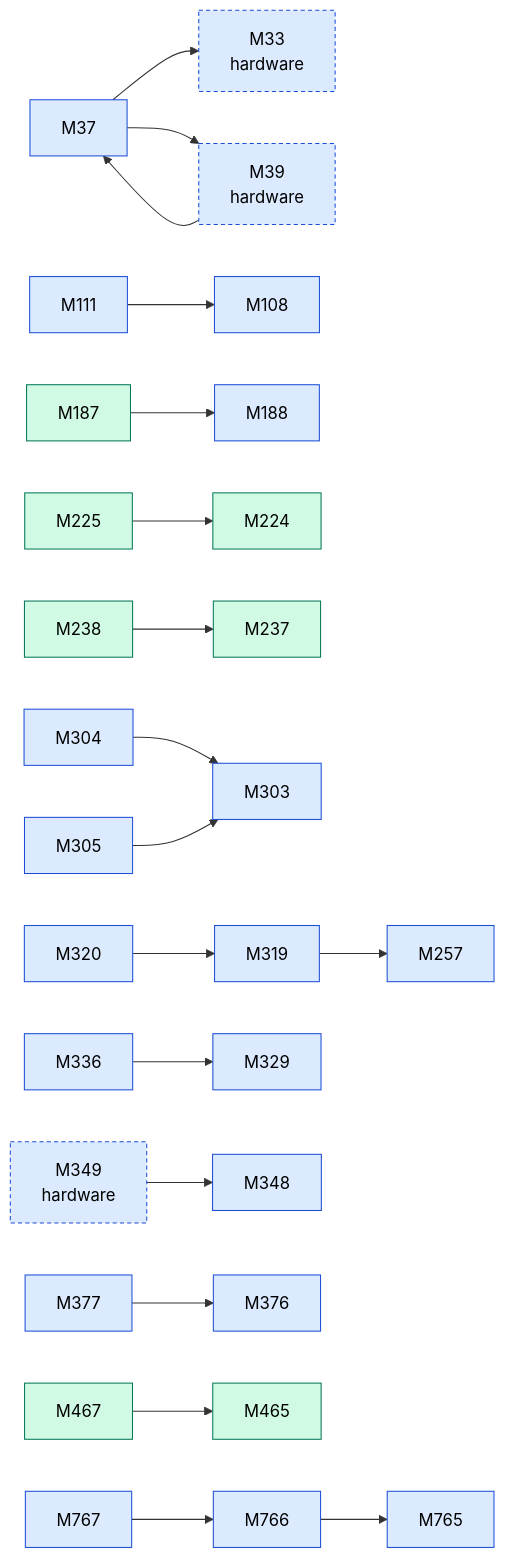
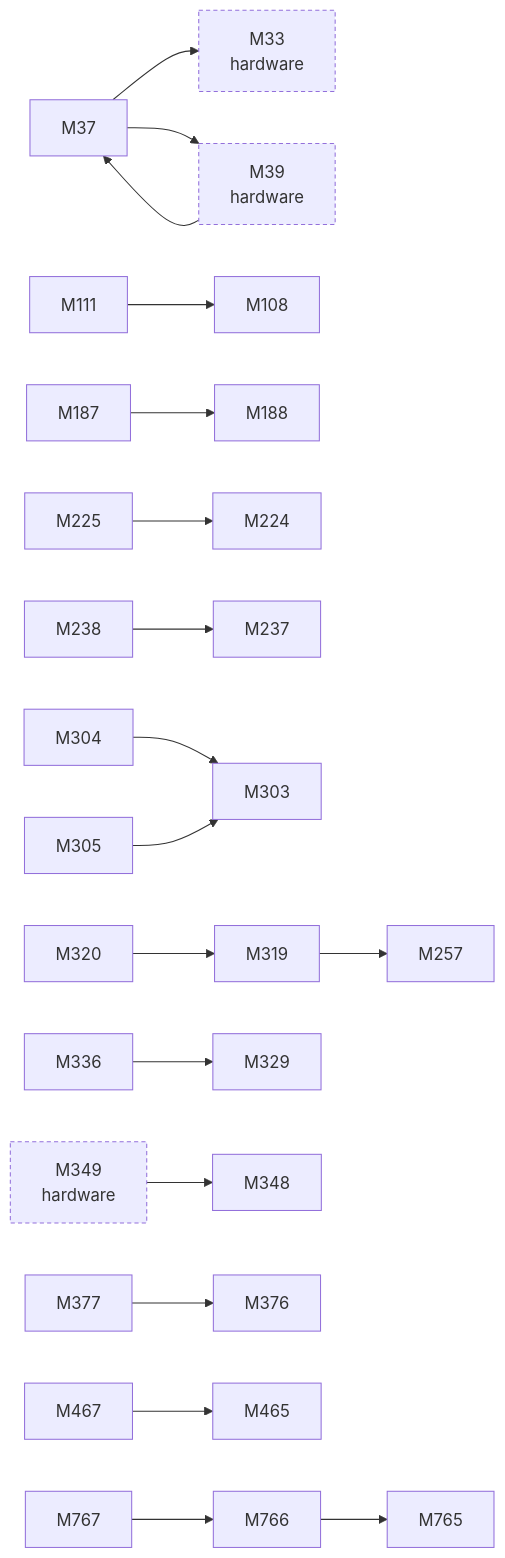
Before and after one commit to D-Ogi/amdgpu-wddm: the third of 3 diagrams in docs/facts/graphs/kmd.md, drawn with Mermaid. The commit also changed other lines of this file and 9 other files, not shown here.

First line of the commit message:
docs/facts: plain graph nodes, no status colouring

````diff
--- a/docs/facts/graphs/kmd.md
+++ b/docs/facts/graphs/kmd.md
@@ -198,54 +190,50 @@
 ```mermaid
 flowchart LR
-  M33["M33<br/>hardware"]:::MEASURED
-  M37["M37"]:::MEASURED
-  M39["M39<br/>hardware"]:::MEASURED
-  M108["M108"]:::MEASURED
-  M111["M111"]:::MEASURED
-  M187["M187"]:::CONFIRMED
-  M188["M188"]:::MEASURED
-  M224["M224"]:::CONFIRMED
-  M225["M225"]:::CONFIRMED
-  M237["M237"]:::CONFIRMED
-  M238["M238"]:::CONFIRMED
-  M257["M257"]:::MEASURED
-  M303["M303"]:::MEASURED
-  M304["M304"]:::MEASURED
-  M305["M305"]:::MEASURED
-  M319["M319"]:::MEASURED
-  M320["M320"]:::MEASURED
-  M329["M329"]:::MEASURED
-  M336["M336"]:::MEASURED
-  M348["M348"]:::MEASURED
-  M349["M349<br/>hardware"]:::MEASURED
-  M376["M376"]:::MEASURED
-  M377["M377"]:::MEASURED
-  M465["M465"]:::CONFIRMED
-  M467["M467"]:::CONFIRMED
-  M765["M765"]:::MEASURED
-  M766["M766"]:::MEASURED
-  M767["M767"]:::MEASURED
+  M33["M33<br/>hardware"]
+  M37["M37"]
+  M39["M39<br/>hardware"]
+  M108["M108"]
+  M111["M111"]
+  M187["M187"]
+  M188["M188"]
+  M224["M224"]
+  M225["M225"]
+  M237["M237"]
+  M238["M238"]
+  M257["M257"]
+  M303["M303"]
+  M304["M304"]
+  M305["M305"]
+  M319["M319"]
+  M320["M320"]
+  M329["M329"]
+  M336["M336"]
+  M348["M348"]
+  M349["M349<br/>hardware"]
+  M376["M376"]
+  M377["M377"]
+  M465["M465"]
+  M467["M467"]
+  M765["M765"]
+  M766["M766"]
+  M767["M767"]
   M39 --> M37
   M349 --> M348
   M37 --> M33
   M37 --> M39
   M111 --> M108
   M187 --> M188
   M225 --> M224
   M238 --> M237
   M304 --> M303
   M305 --> M303
   M319 --> M257
   M320 --> M319
   M336 --> M329
   M377 --> M376
   M467 --> M465
   M766 --> M765
   M767 --> M766
-  classDef HYPOTHESIS fill:#fff3c4,stroke:#9a7b00,color:#000
-  classDef MEASURED fill:#dbeafe,stroke:#1d4ed8,color:#000
-  classDef CONFIRMED fill:#d1fae5,stroke:#047857,color:#000
-  classDef REFUTED fill:#fee2e2,stroke:#b91c1c,color:#000
   classDef other stroke-dasharray:4 3
   class M33,M39,M349 other
 ```
````
